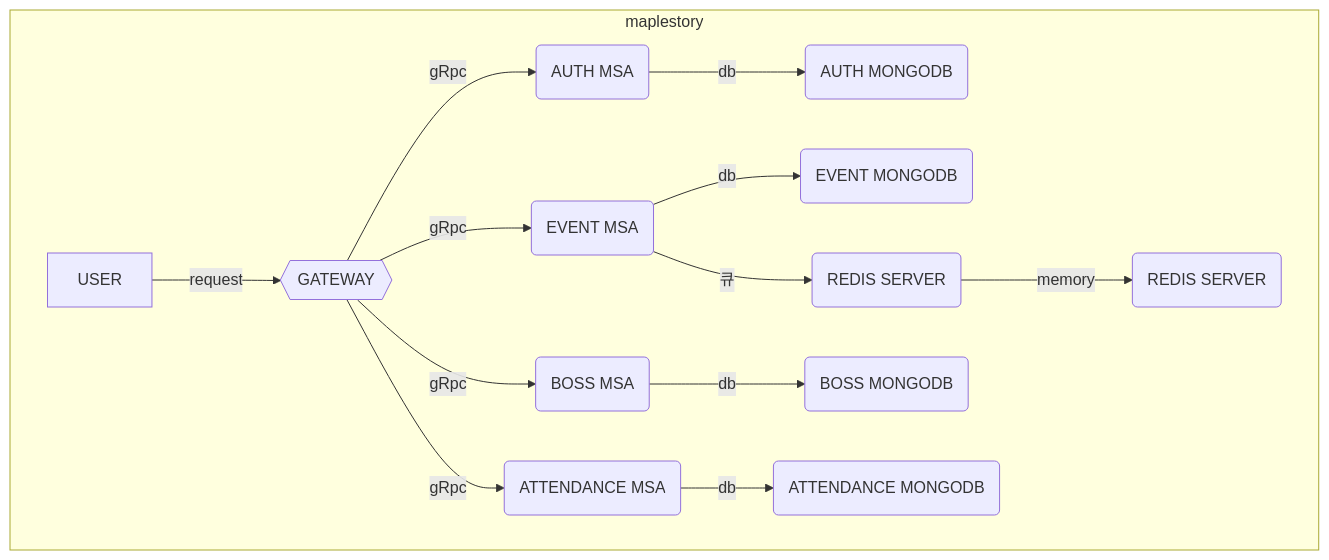
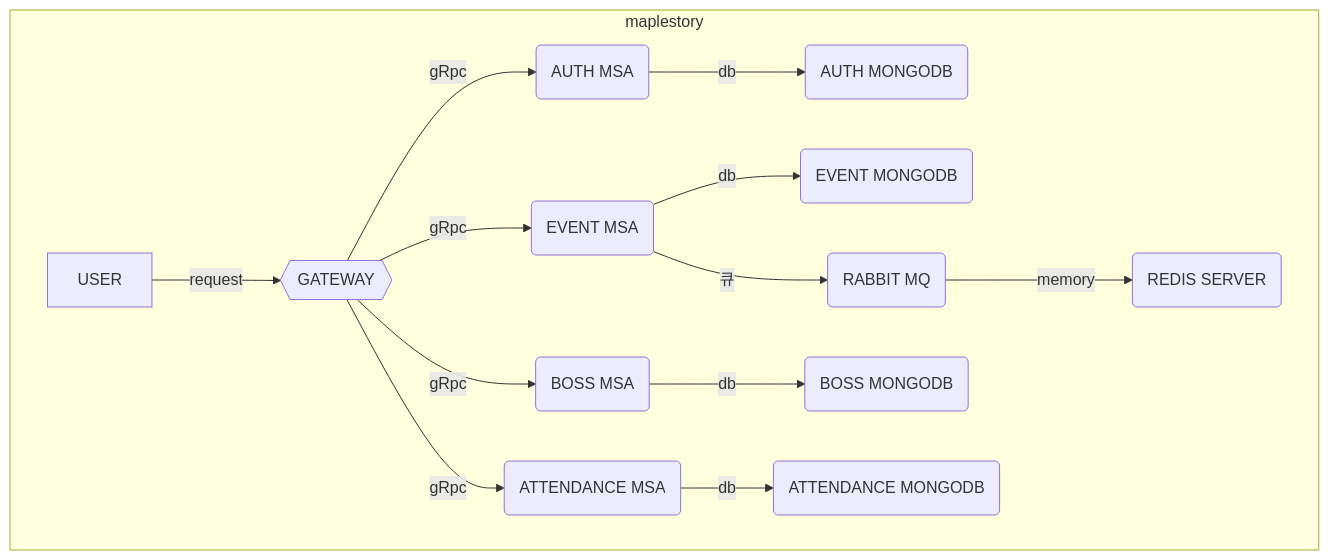
Before and after one commit to devonyou/maplestory-event-project: the diagram in README.md, drawn with Mermaid.

Commit message:
docs: readme 수정

````diff
--- a/README.md
+++ b/README.md
@@ -126,16 +126,16 @@
 ```mermaid
 flowchart
   subgraph "maplestory"
     USER --"request"--> rq{{"GATEWAY"}}
     rq --"gRpc"--> auth("AUTH MSA")
     rq --"gRpc"--> event("EVENT MSA")
     rq --"gRpc"--> boss("BOSS MSA")
     rq --"gRpc"--> attendance("ATTENDANCE MSA")
     auth --"db"--> authdb("AUTH MONGODB")
     event --"db"--> eventdb("EVENT MONGODB")
     boss --"db"--> bossdb("BOSS MONGODB")
     attendance --"db"--> atdb("ATTENDANCE MONGODB")
-    event --"큐"--> rabbitmq("REDIS SERVER")
+    event --"큐"--> rabbitmq("RABBIT MQ")
     rabbitmq --"memory"--> redis("REDIS SERVER")
   end
 ```
````
